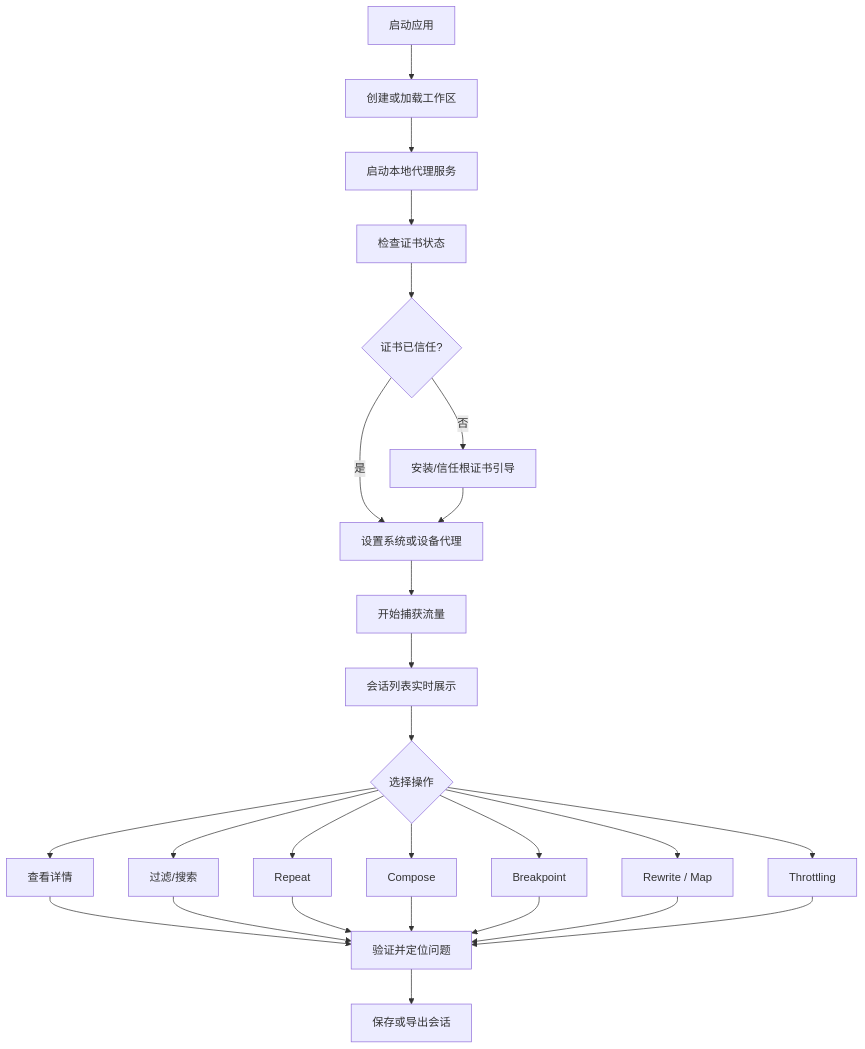
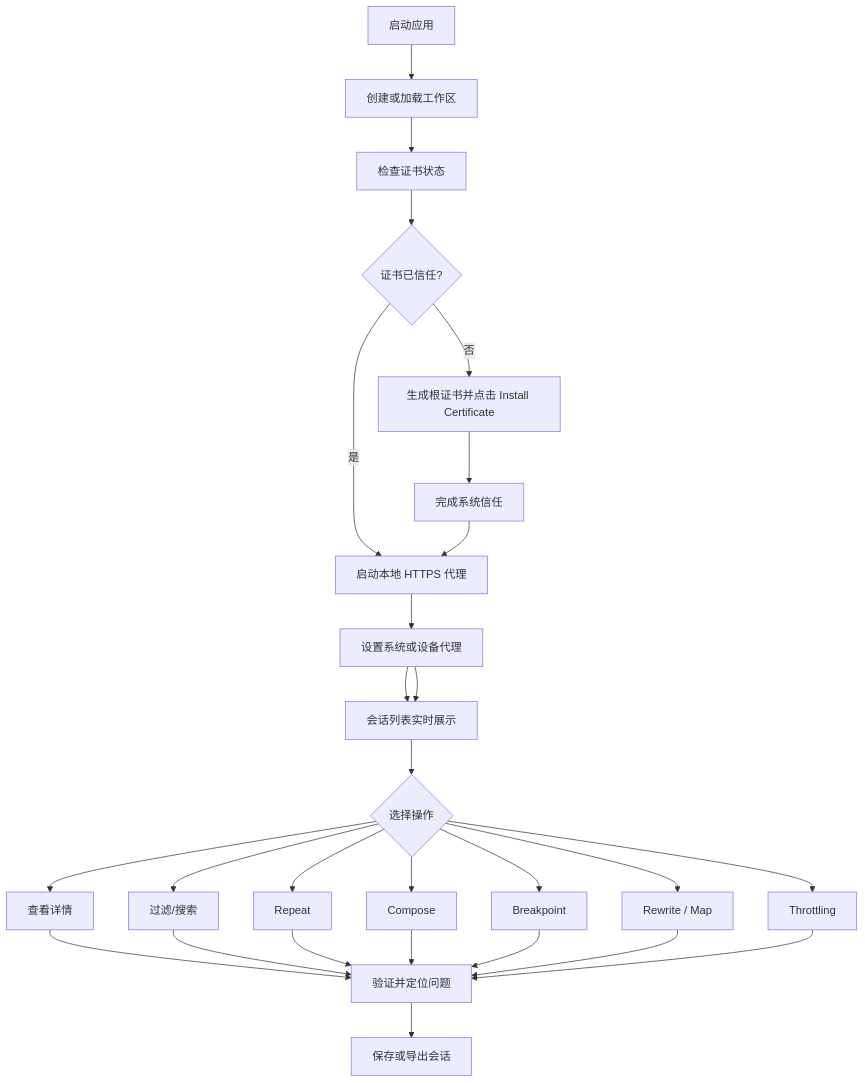
The first of 2 diagrams in docs/PRD.md (small-dream/AIProxy), drawn with Mermaid before and after one commit. The commit also changed 10 other files, not shown here.

````diff
--- a/docs/PRD.md
+++ b/docs/PRD.md
@@ -160,28 +160,29 @@
 ```mermaid
 flowchart TD
     A[启动应用] --> B[创建或加载工作区]
-    B --> C[启动本地代理服务]
-    C --> D[检查证书状态]
-    D --> E{证书已信任?}
-    E -- 否 --> F[安装/信任根证书引导]
-    E -- 是 --> G[设置系统或设备代理]
+    B --> C[检查证书状态]
+    C --> D{证书已信任?}
+    D -- 否 --> E[生成根证书并点击 Install Certificate]
+    E --> F[完成系统信任]
+    D -- 是 --> G[启动本地 HTTPS 代理]
     F --> G
-    G --> H[开始捕获流量]
+    G --> H[设置系统或设备代理]
+    H --> I[开始捕获流量]
     H --> I[会话列表实时展示]
     I --> J{选择操作}
     J --> K[查看详情]
     J --> L[过滤/搜索]
     J --> M[Repeat]
     J --> N[Compose]
     J --> O[Breakpoint]
     J --> P[Rewrite / Map]
     J --> Q[Throttling]
     K --> R[验证并定位问题]
     L --> R
     M --> R
     N --> R
     O --> R
     P --> R
     Q --> R
     R --> S[保存或导出会话]
 ```
````
